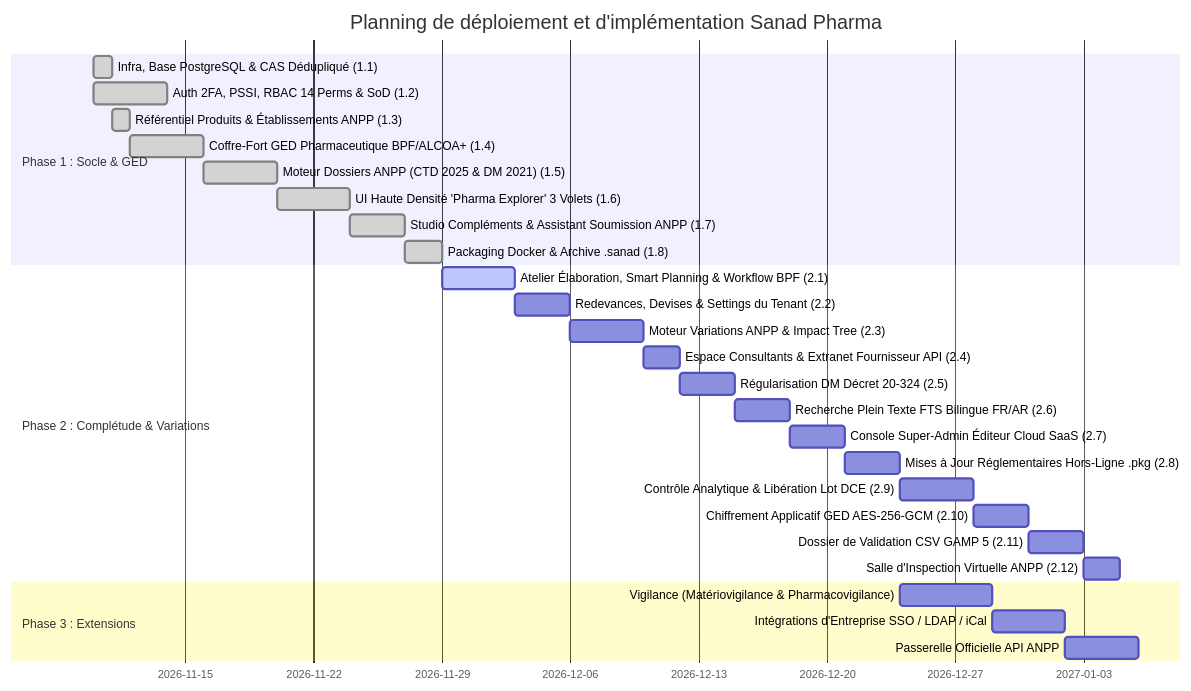
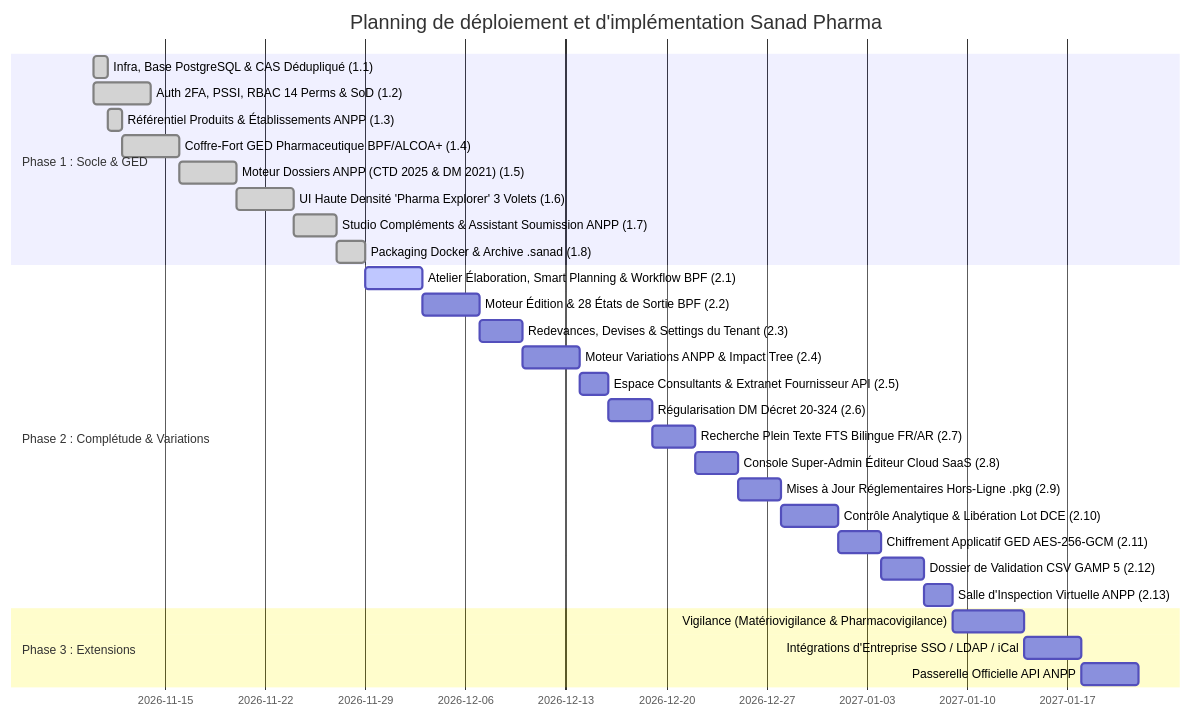
The diagram in docs/roadmap.md (aassr1965/homolog), drawn with Mermaid before and after one commit. The commit also changed other lines of this file and 2 other files, not shown here.

Commit message:
docs: align roadmap and user guide with CDC 10 profiles, decouple bilingual parity lock and isolate 28 reporting states in Jalon 2.2

````diff
--- a/docs/roadmap.md
+++ b/docs/roadmap.md
@@ -20,31 +20,32 @@
 ```mermaid
 gantt
     title Planning de déploiement et d'implémentation Sanad Pharma
     dateFormat  YYYY-MM-DD
     section Phase 1 : Socle & GED
     Infra, Base PostgreSQL & CAS Dédupliqué (1.1)    :done, p1_1, 2026-11-10, 1d
     Auth 2FA, PSSI, RBAC 14 Perms & SoD (1.2)        :done, p1_2, 2026-11-10, 4d
     Référentiel Produits & Établissements ANPP (1.3) :done, p1_3, 2026-11-11, 1d
     Coffre-Fort GED Pharmaceutique BPF/ALCOA+ (1.4)  :done, p1_4, after p1_3, 4d
     Moteur Dossiers ANPP (CTD 2025 & DM 2021) (1.5)  :done, p1_5, after p1_4, 4d
     UI Haute Densité 'Pharma Explorer' 3 Volets (1.6):done, p1_6, after p1_5, 4d
     Studio Compléments & Assistant Soumission ANPP (1.7) :done, p1_7, after p1_6, 3d
     Packaging Docker & Archive .sanad (1.8)          :done, p1_8, after p1_7, 2d
     section Phase 2 : Complétude & Variations
     Atelier Élaboration, Smart Planning & Workflow BPF (2.1):active, p2_1, after p1_8, 4d
-    Redevances, Devises & Settings du Tenant (2.2)   :p2_2, after p2_1, 3d
-    Moteur Variations ANPP & Impact Tree (2.3)       :p2_3, after p2_2, 4d
-    Espace Consultants & Extranet Fournisseur API (2.4):p2_4, after p2_3, 2d
-    Régularisation DM Décret 20-324 (2.5)            :p2_5, after p2_4, 3d
-    Recherche Plein Texte FTS Bilingue FR/AR (2.6)   :p2_6, after p2_5, 3d
-    Console Super-Admin Éditeur Cloud SaaS (2.7)     :p2_7, after p2_6, 3d
-    Mises à Jour Réglementaires Hors-Ligne .pkg (2.8):p2_8, after p2_7, 3d
-    Contrôle Analytique & Libération Lot DCE (2.9)   :p2_9, after p2_8, 4d
-    Chiffrement Applicatif GED AES-256-GCM (2.10)   :p2_10, after p2_9, 3d
-    Dossier de Validation CSV GAMP 5 (2.11)          :p2_11, after p2_10, 3d
-    Salle d'Inspection Virtuelle ANPP (2.12)         :p2_12, after p2_11, 2d
+    Moteur Édition & 28 États de Sortie BPF (2.2)    :p2_2, after p2_1, 4d
+    Redevances, Devises & Settings du Tenant (2.3)   :p2_3, after p2_2, 3d
+    Moteur Variations ANPP & Impact Tree (2.4)       :p2_4, after p2_3, 4d
+    Espace Consultants & Extranet Fournisseur API (2.5):p2_5, after p2_4, 2d
+    Régularisation DM Décret 20-324 (2.6)            :p2_6, after p2_5, 3d
+    Recherche Plein Texte FTS Bilingue FR/AR (2.7)   :p2_7, after p2_6, 3d
+    Console Super-Admin Éditeur Cloud SaaS (2.8)     :p2_8, after p2_7, 3d
+    Mises à Jour Réglementaires Hors-Ligne .pkg (2.9):p2_9, after p2_8, 3d
+    Contrôle Analytique & Libération Lot DCE (2.10)  :p2_10, after p2_9, 4d
+    Chiffrement Applicatif GED AES-256-GCM (2.11)   :p2_11, after p2_10, 3d
+    Dossier de Validation CSV GAMP 5 (2.12)          :p2_12, after p2_11, 3d
+    Salle d'Inspection Virtuelle ANPP (2.13)         :p2_13, after p2_12, 2d
     section Phase 3 : Extensions
-    Vigilance (Matériovigilance & Pharmacovigilance) :p3_1, after p2_8, 5d
+    Vigilance (Matériovigilance & Pharmacovigilance) :p3_1, after p2_13, 5d
     Intégrations d'Entreprise SSO / LDAP / iCal      :p3_2, after p3_1, 4d
     Passerelle Officielle API ANPP                   :p3_3, after p3_2, 4d
 ```
````
